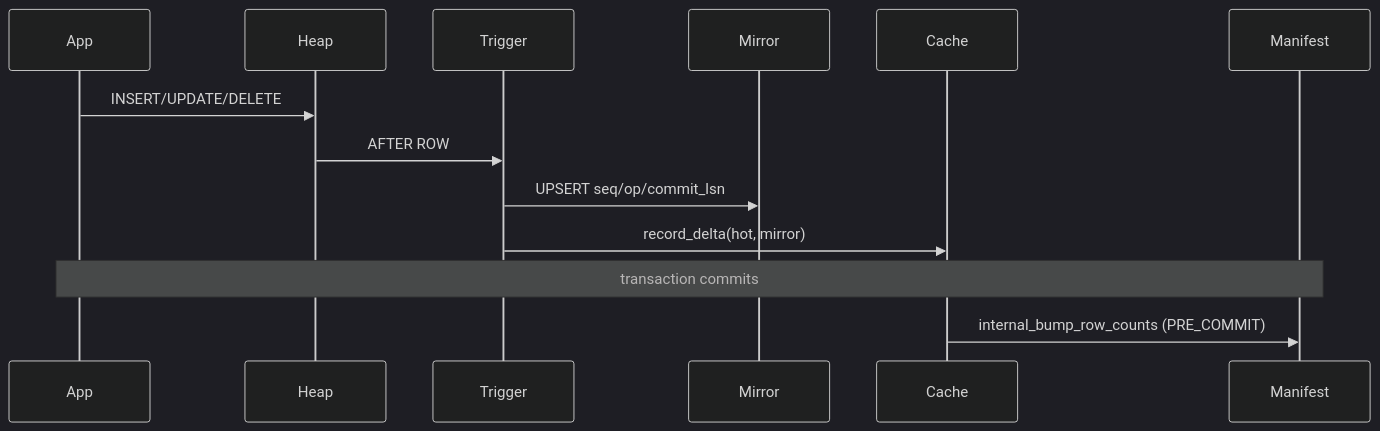
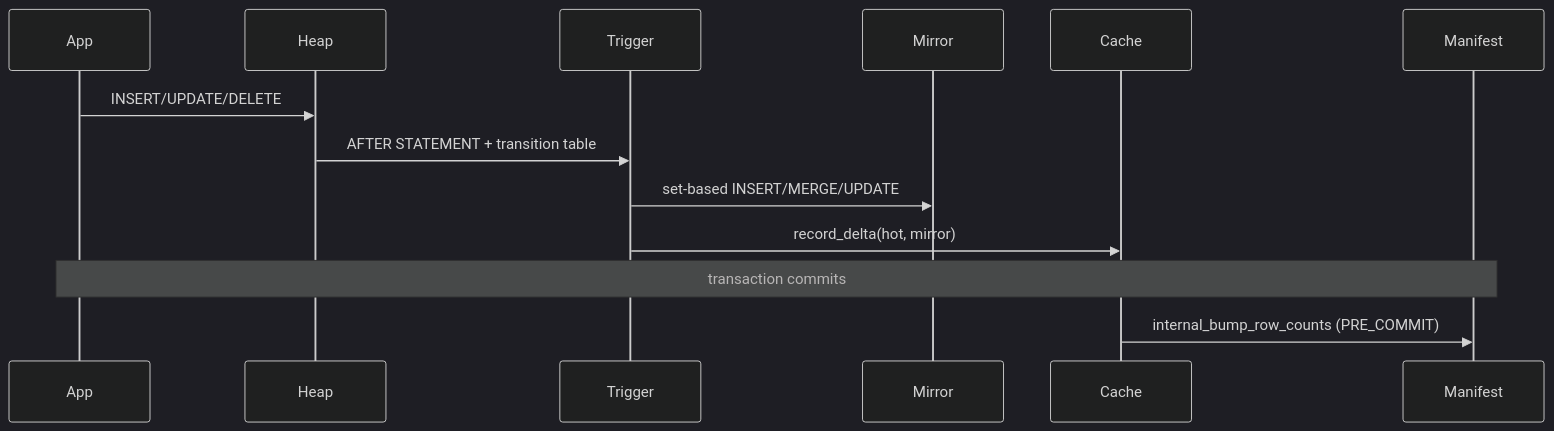
The second of 2 diagrams in docs/architecture/dml-table.md (kalamdb/koldstore), drawn with Mermaid (dark theme) before and after one commit. The commit also changed other lines of this file and 4 other files, not shown here.

````diff
--- a/docs/architecture/dml-table.md
+++ b/docs/architecture/dml-table.md
@@ -281,16 +322,16 @@
 ```mermaid
 sequenceDiagram
   participant App
   participant Heap
   participant Trigger
   participant Mirror
   participant Cache
   participant Manifest
 
   App->>Heap: INSERT/UPDATE/DELETE
-  Heap->>Trigger: AFTER ROW
-  Trigger->>Mirror: UPSERT seq/op/commit_lsn
+  Heap->>Trigger: AFTER STATEMENT + transition table
+  Trigger->>Mirror: set-based INSERT/MERGE/UPDATE
   Trigger->>Cache: record_delta(hot, mirror)
   Note over App,Manifest: transaction commits
   Cache->>Manifest: internal_bump_row_counts (PRE_COMMIT)
 ```
````
